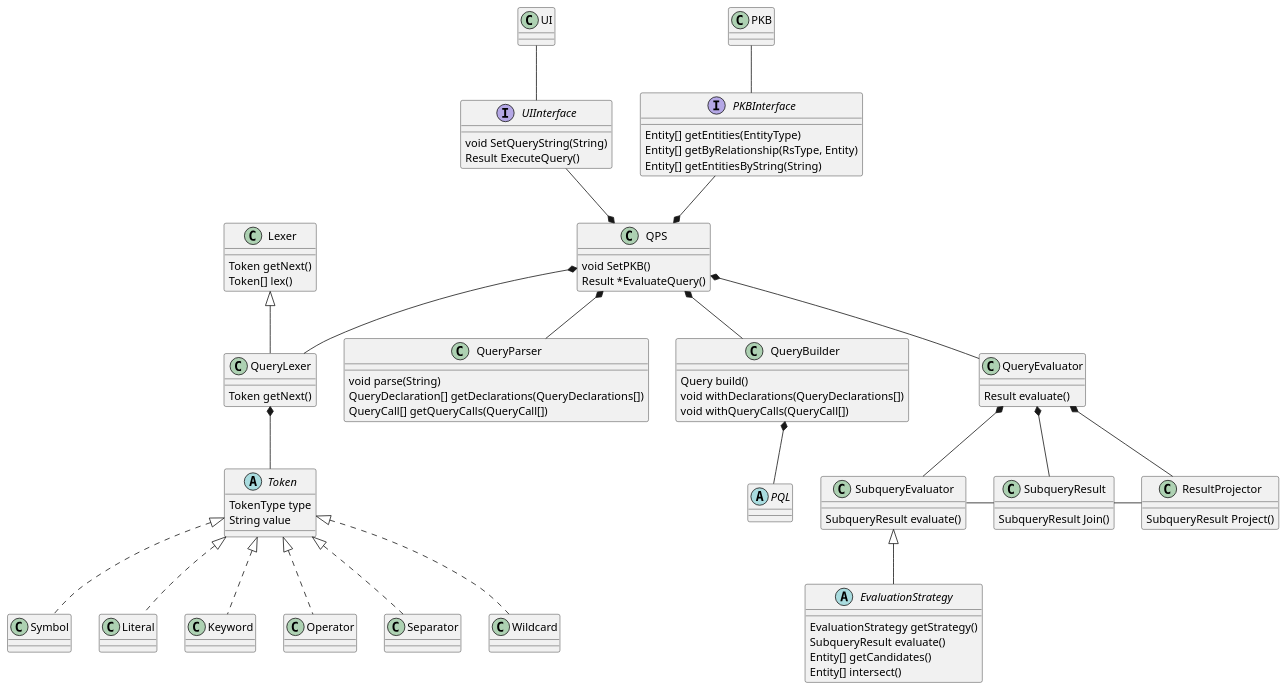
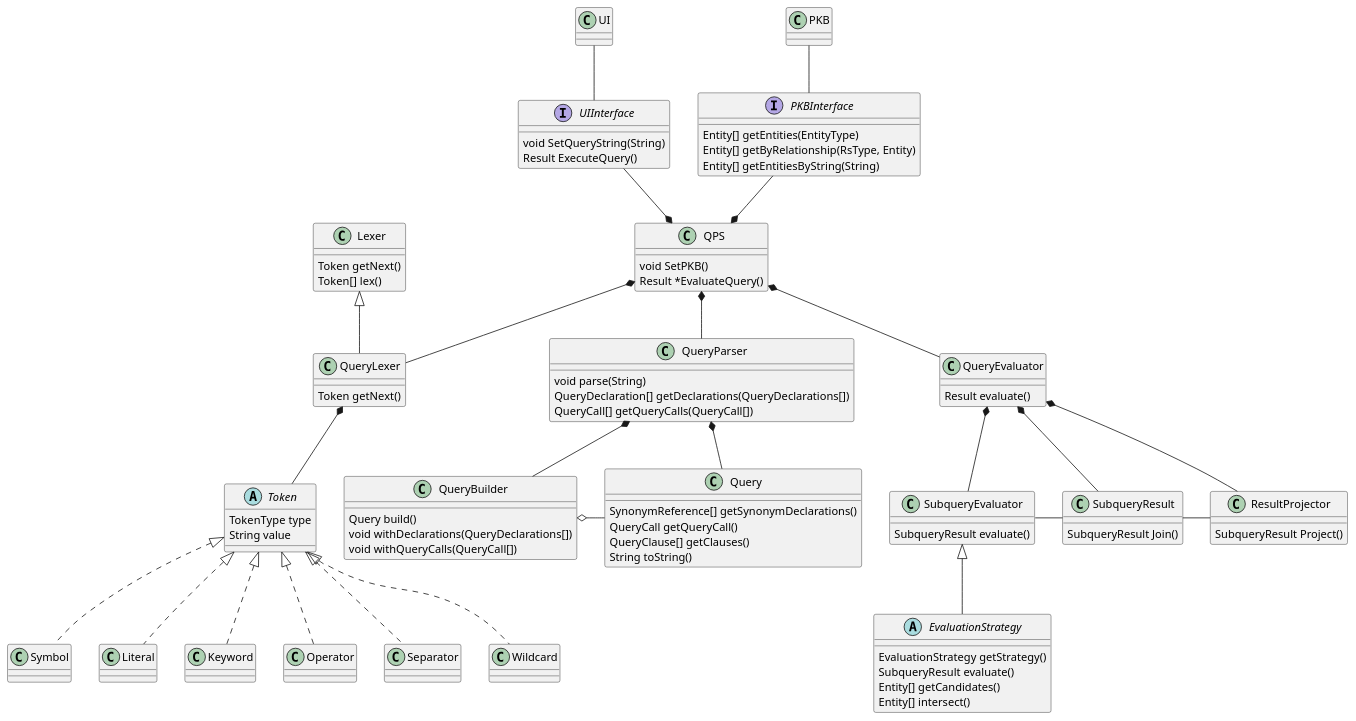
The diagram in docs/diagrams/QPSClassDiagram.puml (mazx4960/static-analyzer), drawn with PlantUML before and after one commit. The commit also changed 1 other file, not shown here.

Commit message:
docs: update QPS class and sequence diagrams

```diff
--- a/docs/diagrams/QPSClassDiagram.puml
+++ b/docs/diagrams/QPSClassDiagram.puml
@@ -1,110 +1,116 @@
 @startuml
 
 abstract class  "Token" {
     TokenType type
     String value
 }
 
 class Symbol
 class Literal
 class Keyword
 class Operator
 class Separator
 class Wildcard
 
-abstract class  "PQL" {
+class Query {
+    SynonymReference[] getSynonymDeclarations()
+    QueryCall getQueryCall()
+    QueryClause[] getClauses()
+    String toString()
 }
 
 abstract class "EvaluationStrategy" {
     EvaluationStrategy getStrategy()
     SubqueryResult evaluate()
     Entity[] getCandidates()
     Entity[] intersect()
 }
 
 interface UIInterface {
     void SetQueryString(String)
     Result ExecuteQuery()
 }
 
 interface PKBInterface {
     Entity[] getEntities(EntityType)
     Entity[] getByRelationship(RsType, Entity)
     Entity[] getEntitiesByString(String)
 }
 
 class QPS {
     void SetPKB()
 	Result *EvaluateQuery()
 }
 
 class QueryParser {
 
 	void parse(String)
 	QueryDeclaration[] getDeclarations(QueryDeclarations[])
 	QueryCall[] getQueryCalls(QueryCall[])
 }
 
 class QueryBuilder {
 	Query build()
 	void withDeclarations(QueryDeclarations[])
 	void withQueryCalls(QueryCall[])
 }
 
 class Lexer {
 	Token getNext()
     Token[] lex()
 }
 
 class QueryLexer {
 	Token getNext()
 }
 
 class QueryEvaluator {
 	Result evaluate()
 }
 
 class SubqueryEvaluator {
 	SubqueryResult evaluate()
 }
 
 class SubqueryResult {
 	SubqueryResult Join()
 }
 
 class ResultProjector {
     SubqueryResult Project()
 }
 
 Token <|.down. Symbol
 Token <|.down. Literal
 Token <|.down. Keyword
 Token <|.down. Operator
 Token <|.down. Separator
 Token <|.down. Wildcard
 
 
 UI -down- UIInterface
 PKB -down- PKBInterface
 
 QPS *-up- UIInterface
 QPS *-up- PKBInterface
 QPS *-down- QueryLexer
 QPS *-down- QueryParser
 QPS *-down- QueryEvaluator
-QPS *-down- QueryBuilder
+
+QueryParser *-down- QueryBuilder
+QueryParser *-down- Query
 
 Lexer <|-down- QueryLexer
 
 QueryLexer *-down- Token
 
-QueryBuilder *-down- PQL
+QueryBuilder o-right- Query
 
 QueryEvaluator *-down- SubqueryEvaluator
 QueryEvaluator *-down- SubqueryResult
 QueryEvaluator *-down- ResultProjector
 
 SubqueryEvaluator <|-down- EvaluationStrategy
 SubqueryEvaluator -right- SubqueryResult
 SubqueryResult -right- ResultProjector
 @enduml
```
